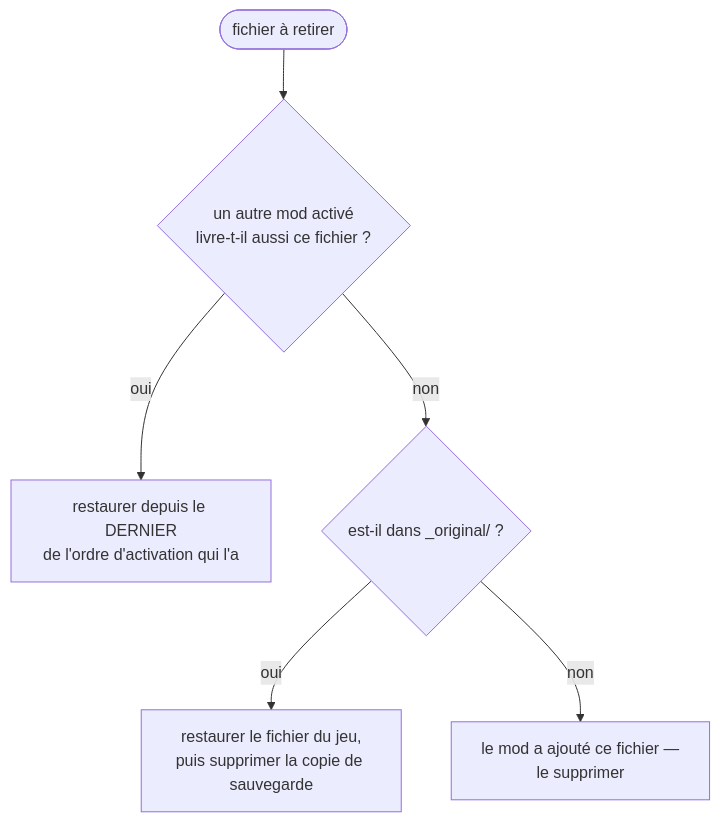
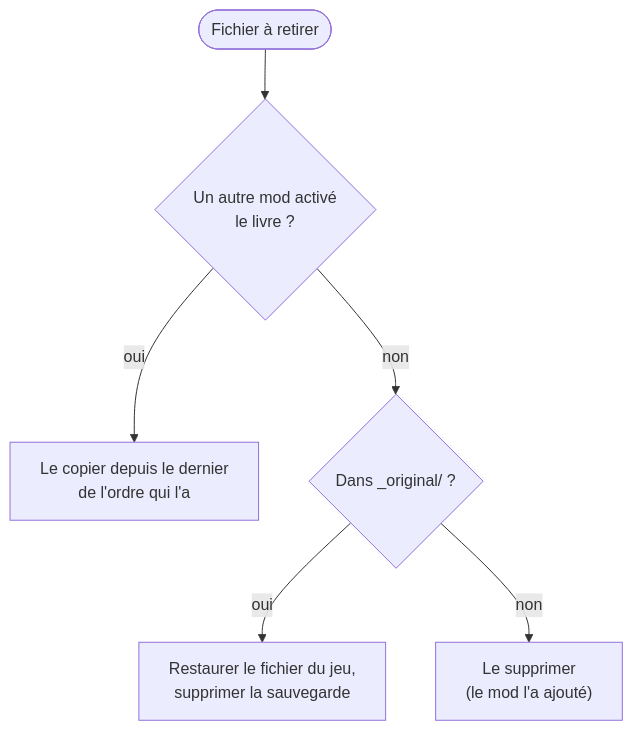
The fourth of 4 diagrams in frontend/assets/docs/fr/how-it-works/conflicts.md (FreeProject089/BetterModsManager), drawn with Mermaid before and after one commit. The commit also changed other lines of this file and 176 other files, not shown here.

````diff
--- a/frontend/assets/docs/fr/how-it-works/conflicts.md
+++ b/frontend/assets/docs/fr/how-it-works/conflicts.md
@@ -110,8 +122,8 @@
 ```mermaid
-flowchart TB
-    REM(["fichier à retirer"]) --> OTHER{"un autre mod activé<br/>livre-t-il aussi ce fichier ?"}
-    OTHER -- oui --> FROMMOD["restaurer depuis le DERNIER<br/>de l'ordre d'activation qui l'a"]
-    OTHER -- non --> ORIG{"est-il dans _original/ ?"}
-    ORIG -- oui --> FROMORIG["restaurer le fichier du jeu,<br/>puis supprimer la copie de sauvegarde"]
-    ORIG -- non --> DEL["le mod a ajouté ce fichier —<br/>le supprimer"]
+flowchart TD
+    REM(["Fichier à retirer"]) --> OTHER{"Un autre mod activé<br/>le livre ?"}
+    OTHER -- "oui" --> FROMMOD["Le copier depuis le dernier<br/>de l'ordre qui l'a"]
+    OTHER -- "non" --> ORIG{"Dans _original/ ?"}
+    ORIG -- "oui" --> FROMORIG["Restaurer le fichier du jeu,<br/>supprimer la sauvegarde"]
+    ORIG -- "non" --> DEL["Le supprimer<br/>(le mod l'a ajouté)"]
 ```
````
